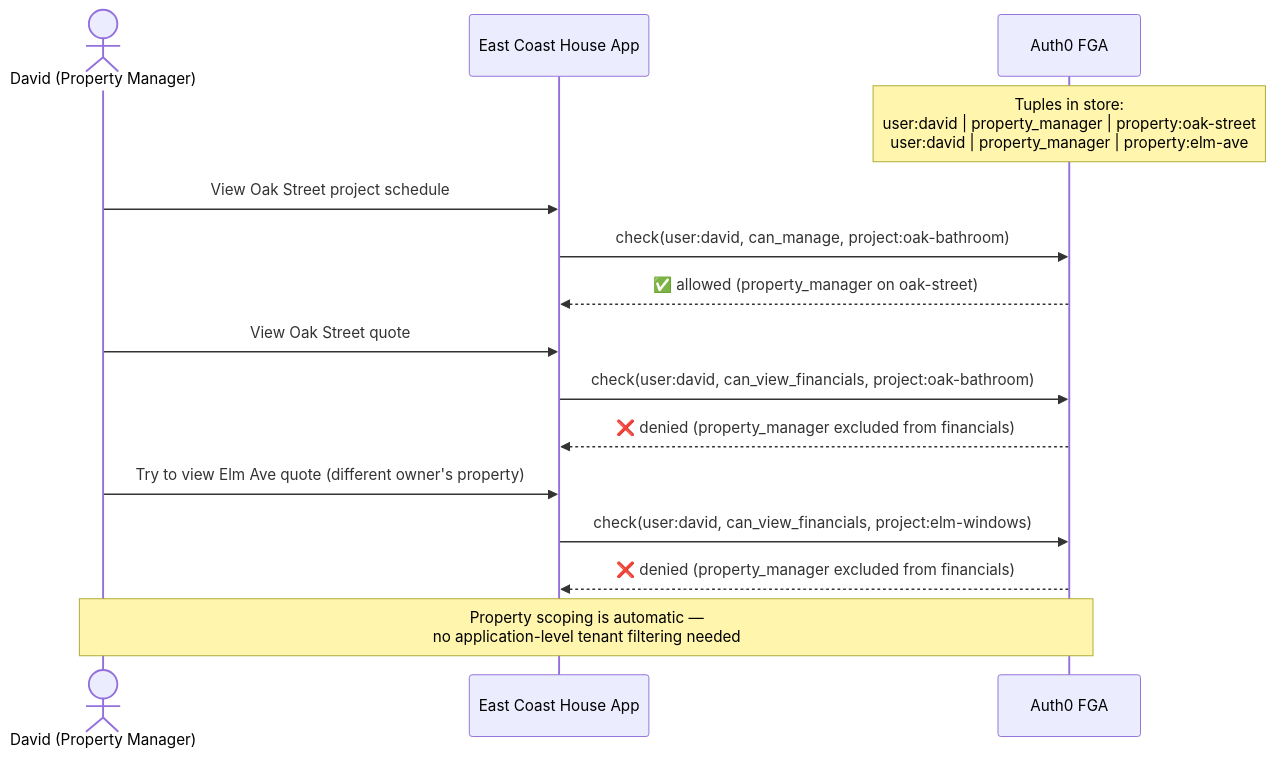
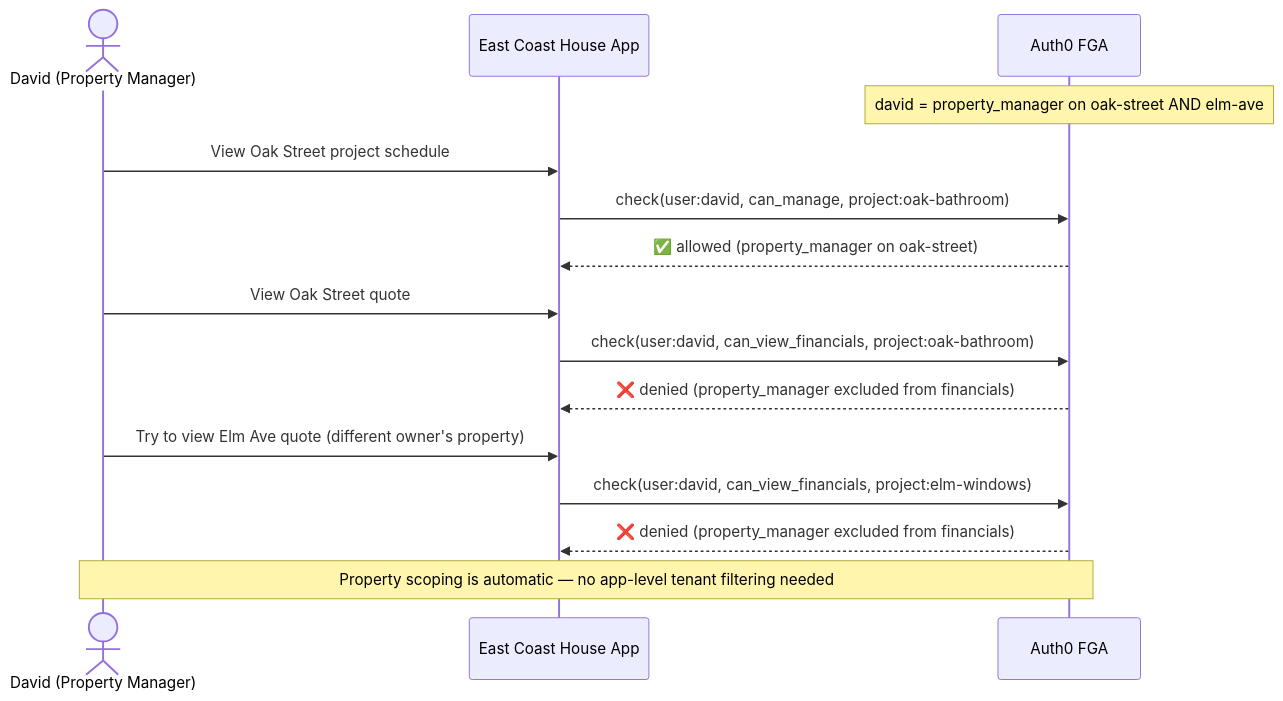
One commit to violetarcher/east-coast-house changed the fourth of 5 diagrams in diagrams.md. Above: the diagram before and after it, drawn with Mermaid. The commit also changed other lines of this file and 8 other files, not shown here.

Commit message:
update UI and diagrams

````diff
--- a/diagrams.md
+++ b/diagrams.md
@@ -149,22 +139,22 @@
 ```mermaid
 sequenceDiagram
     actor David as David (Property Manager)
     participant App as East Coast House App
     participant FGA as Auth0 FGA
 
-    Note over FGA: Tuples in store:<br/>user:david | property_manager | property:oak-street<br/>user:david | property_manager | property:elm-ave
+    Note over FGA: david = property_manager on oak-street AND elm-ave
 
     David->>App: View Oak Street project schedule
     App->>FGA: check(user:david, can_manage, project:oak-bathroom)
     FGA-->>App: ✅ allowed (property_manager on oak-street)
 
     David->>App: View Oak Street quote
     App->>FGA: check(user:david, can_view_financials, project:oak-bathroom)
     FGA-->>App: ❌ denied (property_manager excluded from financials)
 
     David->>App: Try to view Elm Ave quote (different owner's property)
     App->>FGA: check(user:david, can_view_financials, project:elm-windows)
     FGA-->>App: ❌ denied (property_manager excluded from financials)
 
-    Note over David,FGA: Property scoping is automatic —<br/>no application-level tenant filtering needed
+    Note over David,FGA: Property scoping is automatic — no app-level tenant filtering needed
 ```
````
